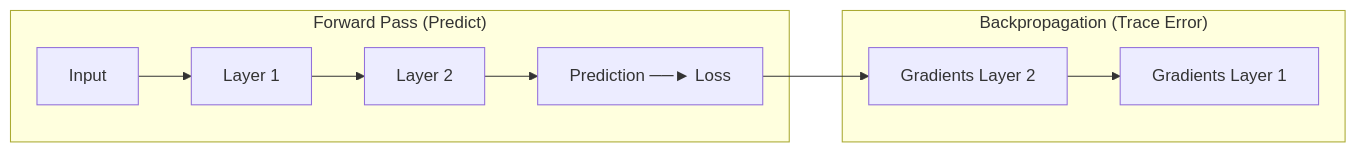
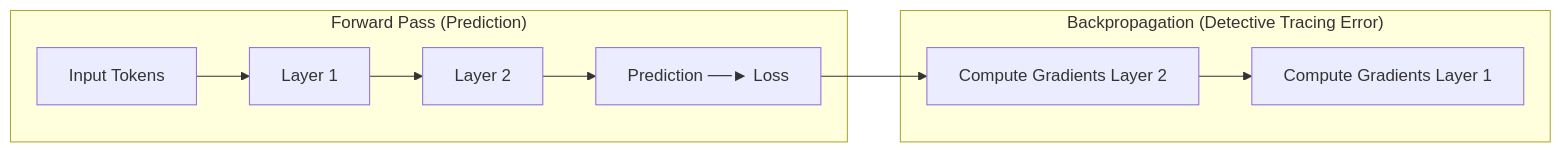
The first of 2 diagrams in Nameste-AI/Season_01/06_Sharpening_the_Brain.md (Nishant8826/theory-leaning), drawn with Mermaid before and after one commit. The commit also changed other lines of this file and 8 other files, not shown here.

````diff
--- a/Nameste-AI/Season_01/06_Sharpening_the_Brain.md
+++ b/Nameste-AI/Season_01/06_Sharpening_the_Brain.md
@@ -108,10 +118,10 @@
 ```mermaid
 flowchart LR
-    subgraph FORWARD ["Forward Pass (Predict)"]
-    A[Input] --> B[Layer 1] --> C[Layer 2] --> D[Prediction ──► Loss]
+    subgraph FORWARD ["Forward Pass (Prediction)"]
+    A[Input Tokens] --> B[Layer 1] --> C[Layer 2] --> D[Prediction ──► Loss]
     end
     
-    subgraph BACKWARD ["Backpropagation (Trace Error)"]
-    D --> E[Gradients Layer 2] --> F[Gradients Layer 1]
+    subgraph BACKWARD ["Backpropagation (Detective Tracing Error)"]
+    D --> E[Compute Gradients Layer 2] --> F[Compute Gradients Layer 1]
     end
 ```
````
